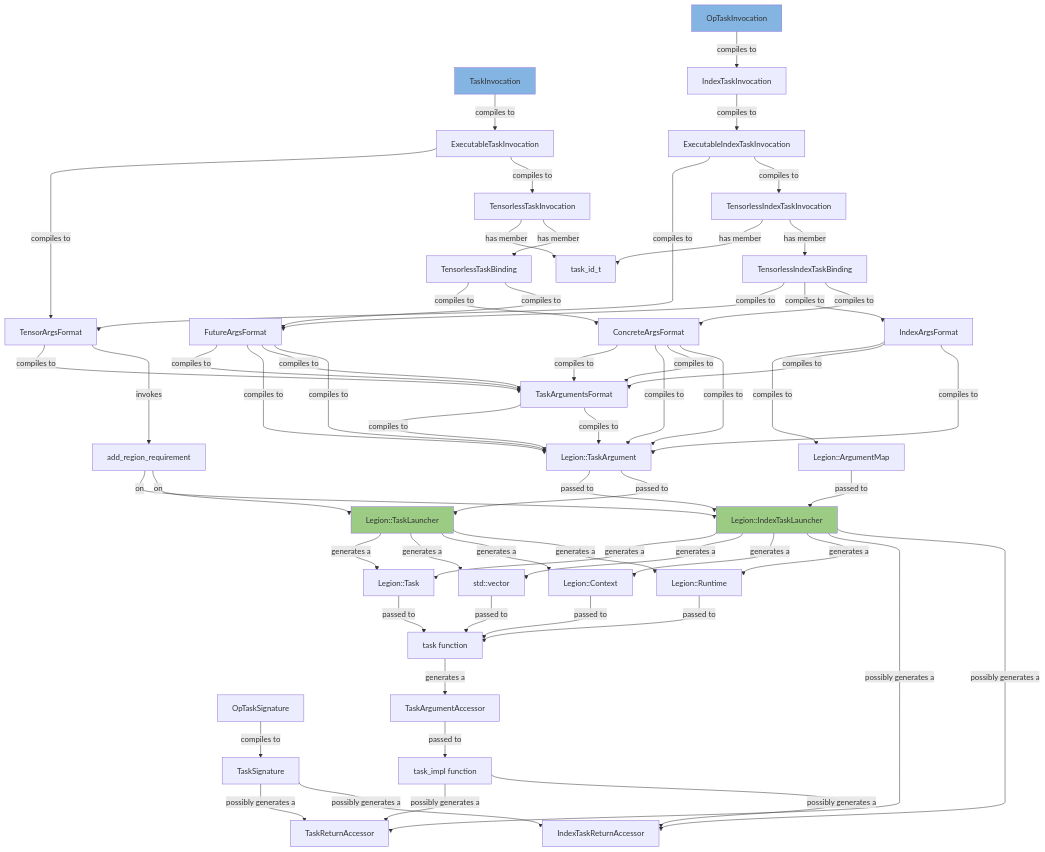
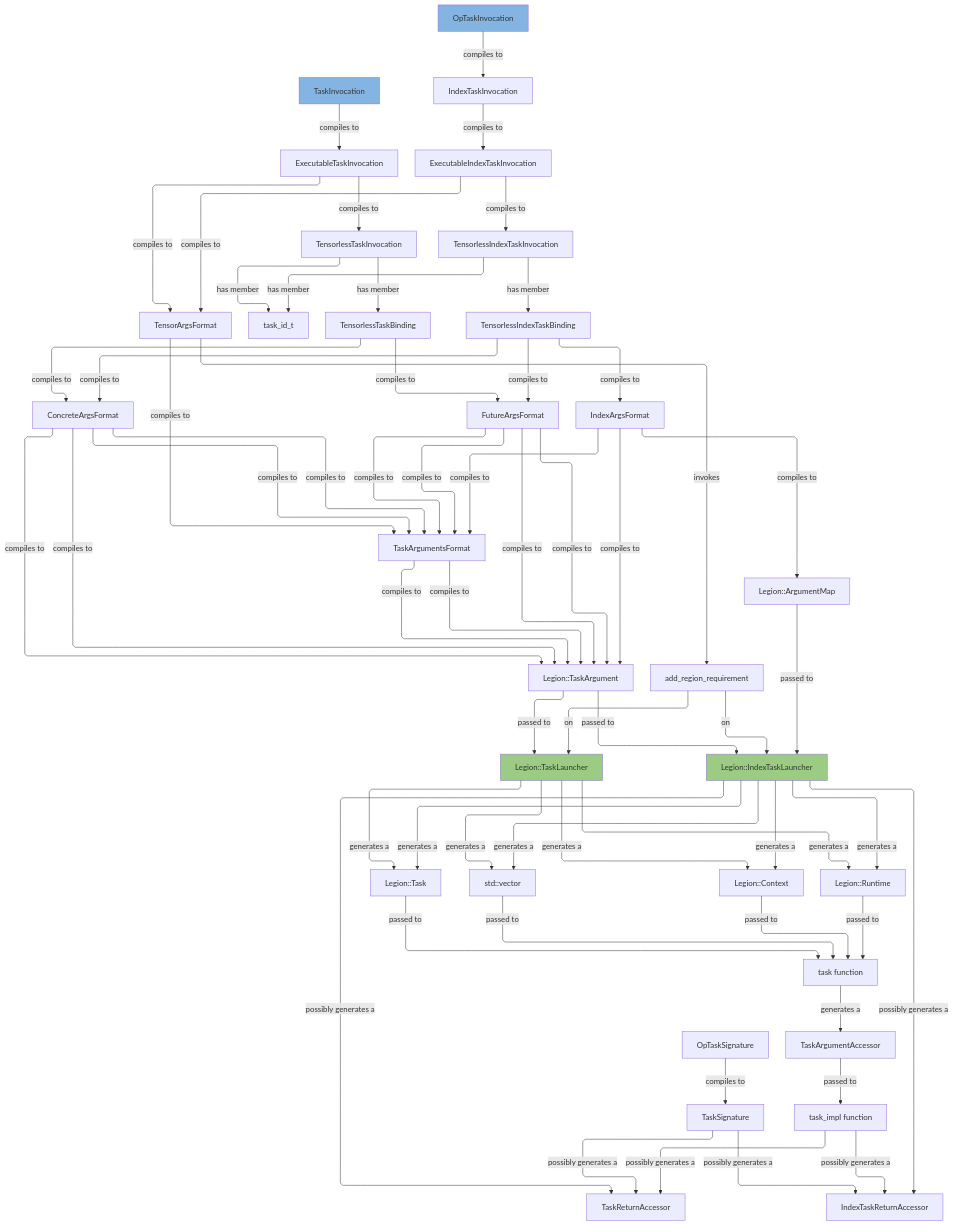
One commit to KateUnger/FlexFlow changed the second of 2 diagrams in lib/runtime/src/task_spec/README.md. Above: the diagram before and after it, drawn with Mermaid.

````diff
--- a/lib/runtime/src/task_spec/README.md
+++ b/lib/runtime/src/task_spec/README.md
@@ -51,5 +51,5 @@
 ```mermaid
-%%{init: { 'themeVariables': { 'fontFamily': 'monospace' }, 'flowchart': { 'curve': 'bumpY' }, 'theme': 'default' } }%%
+%%{init: { 'themeVariables': { 'fontFamily': 'monospace' }, 'flowchart': { 'curve': 'bumpY', 'defaultRenderer': 'elk' } } }%%
 flowchart TD
     classDef blue fill:#83b4e2
     classDef green fill:#9ccc84
````
